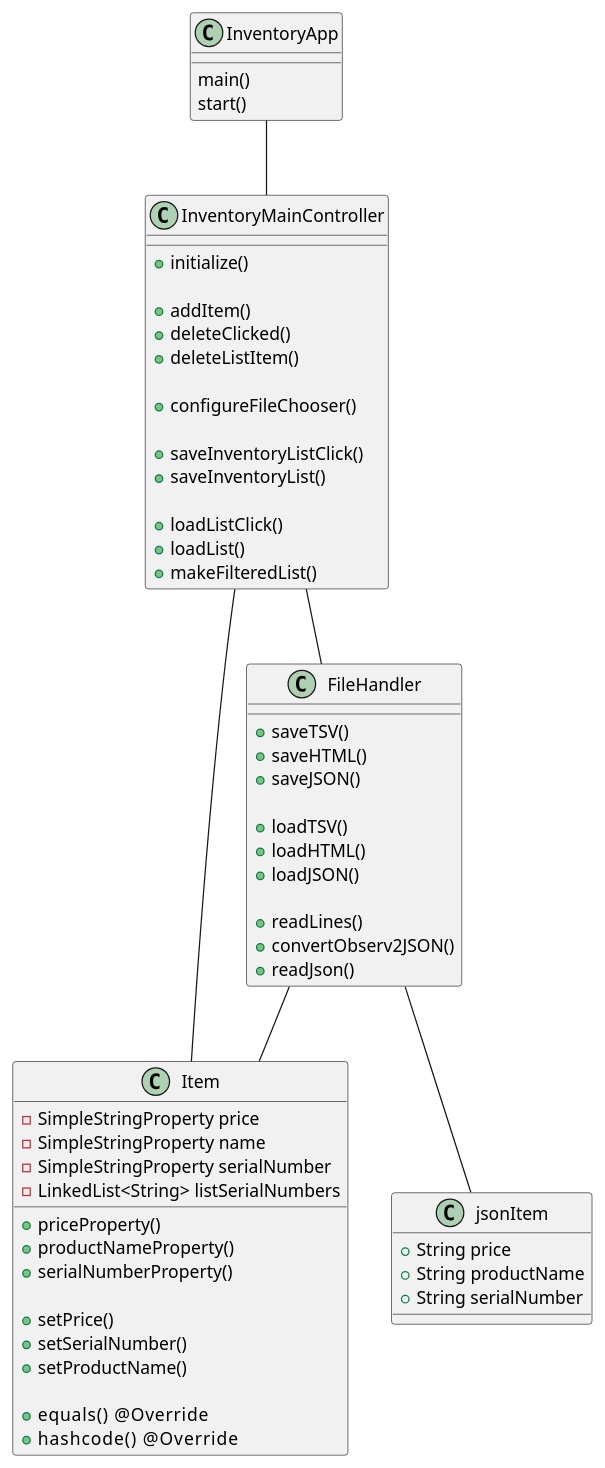
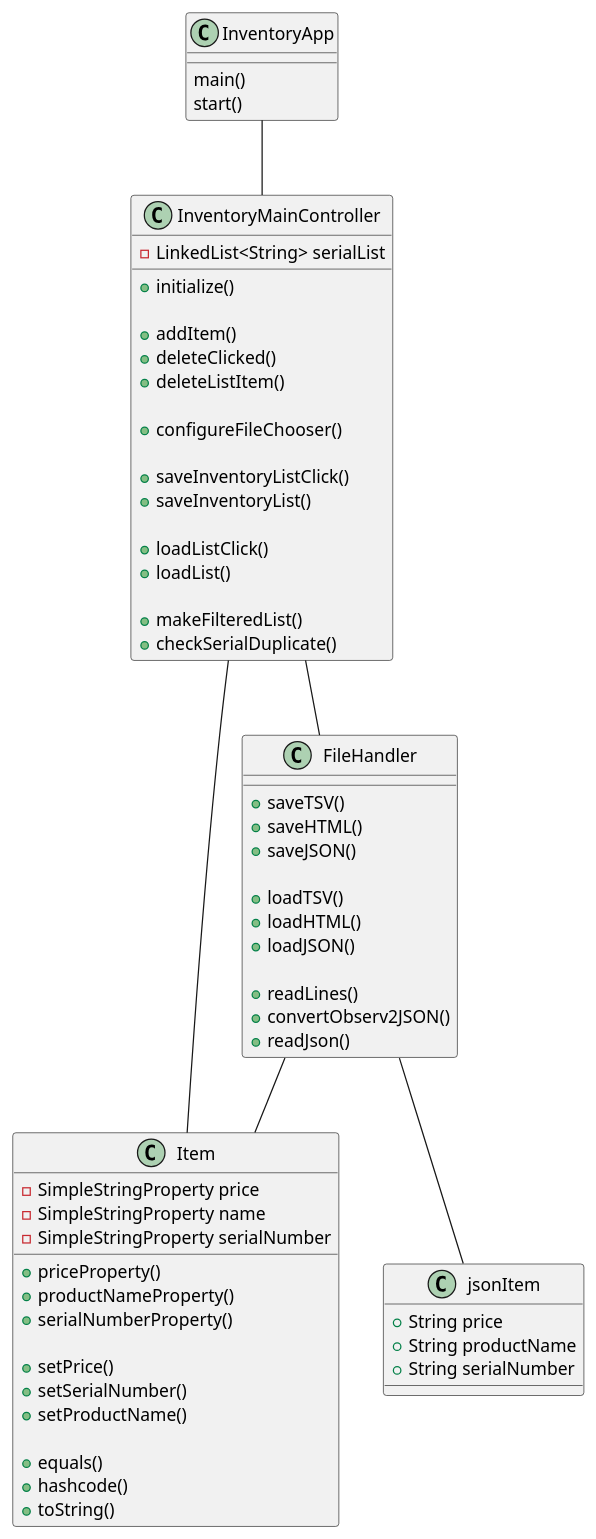
Before and after one commit to AndresCKF/Rosales-7752-a5: the diagram in UML/InventoryApp.puml, drawn with PlantUML. The commit also changed 7 other files, not shown here.

Commit message:
Fixed issue with serial list. Tests now run fine.

```diff
--- a/UML/InventoryApp.puml
+++ b/UML/InventoryApp.puml
@@ -1,65 +1,67 @@
 @startuml
 class InventoryApp{
     main()
     start()
 }
 class FileHandler{
 
     +saveTSV()
     +saveHTML()
     +saveJSON()
 
     +loadTSV()
     +loadHTML()
     +loadJSON()
 
     +readLines()
     +convertObserv2JSON()
     +readJson()
 }
 class InventoryMainController{
+    -LinkedList<String> serialList
+
     +initialize()
 
     +addItem()
     +deleteClicked()
     +deleteListItem()
 
     +configureFileChooser()
 
     +saveInventoryListClick()
     +saveInventoryList()
 
     +loadListClick()
     +loadList()
+
     +makeFilteredList()
-
+    +checkSerialDuplicate()
 }
 class Item{
     -SimpleStringProperty price
     -SimpleStringProperty name
     -SimpleStringProperty serialNumber
-    -LinkedList<String> listSerialNumbers
 
     +priceProperty()
     +productNameProperty()
     +serialNumberProperty()
 
     +setPrice()
     +setSerialNumber()
     +setProductName()
 
-    +equals()    @Override
-    +hashcode()     @Override
-
+    +equals()
+    +hashcode()
+    +toString()
 }
 class jsonItem{
     +String price
     +String productName
     +String serialNumber
 }
 InventoryApp -- InventoryMainController
 InventoryMainController -- FileHandler
 InventoryMainController -- Item
 FileHandler -- Item
 FileHandler -- jsonItem
 @enduml
```
